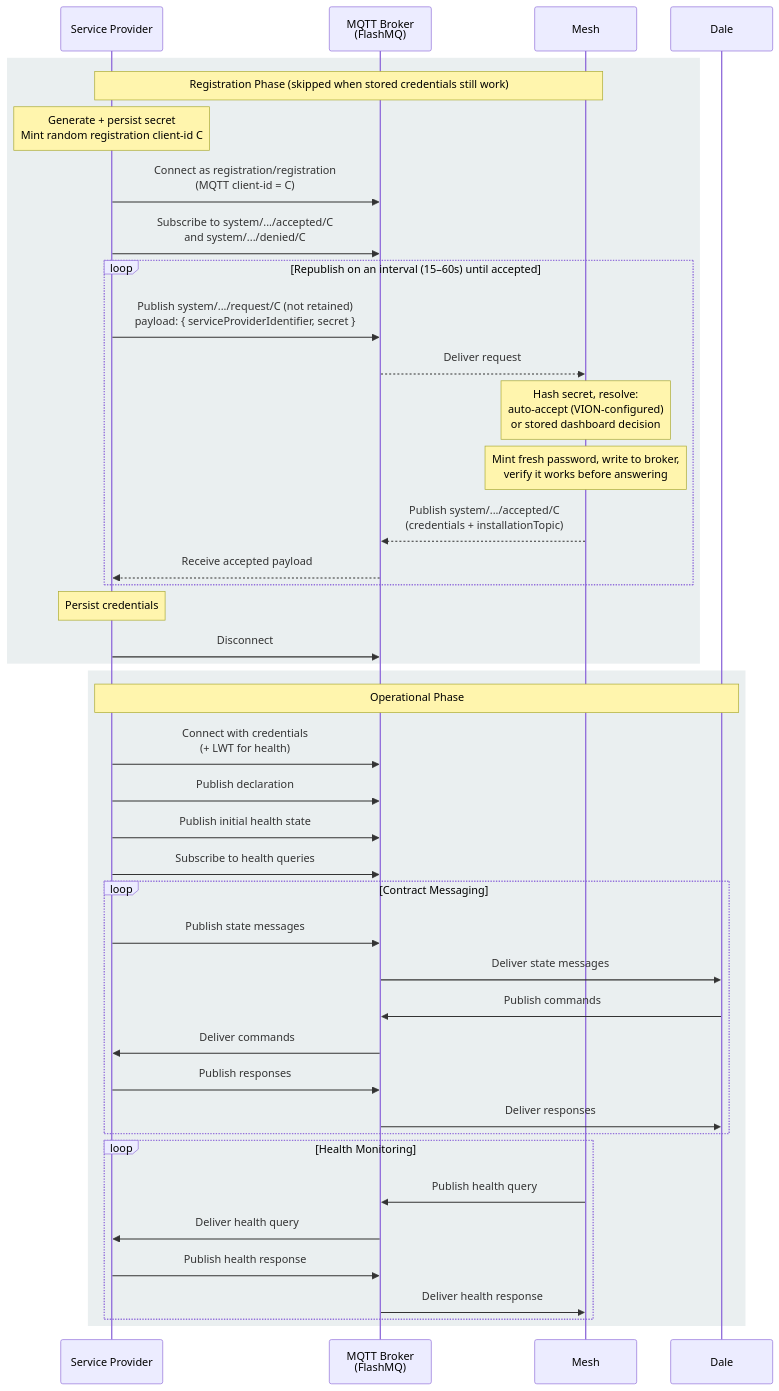
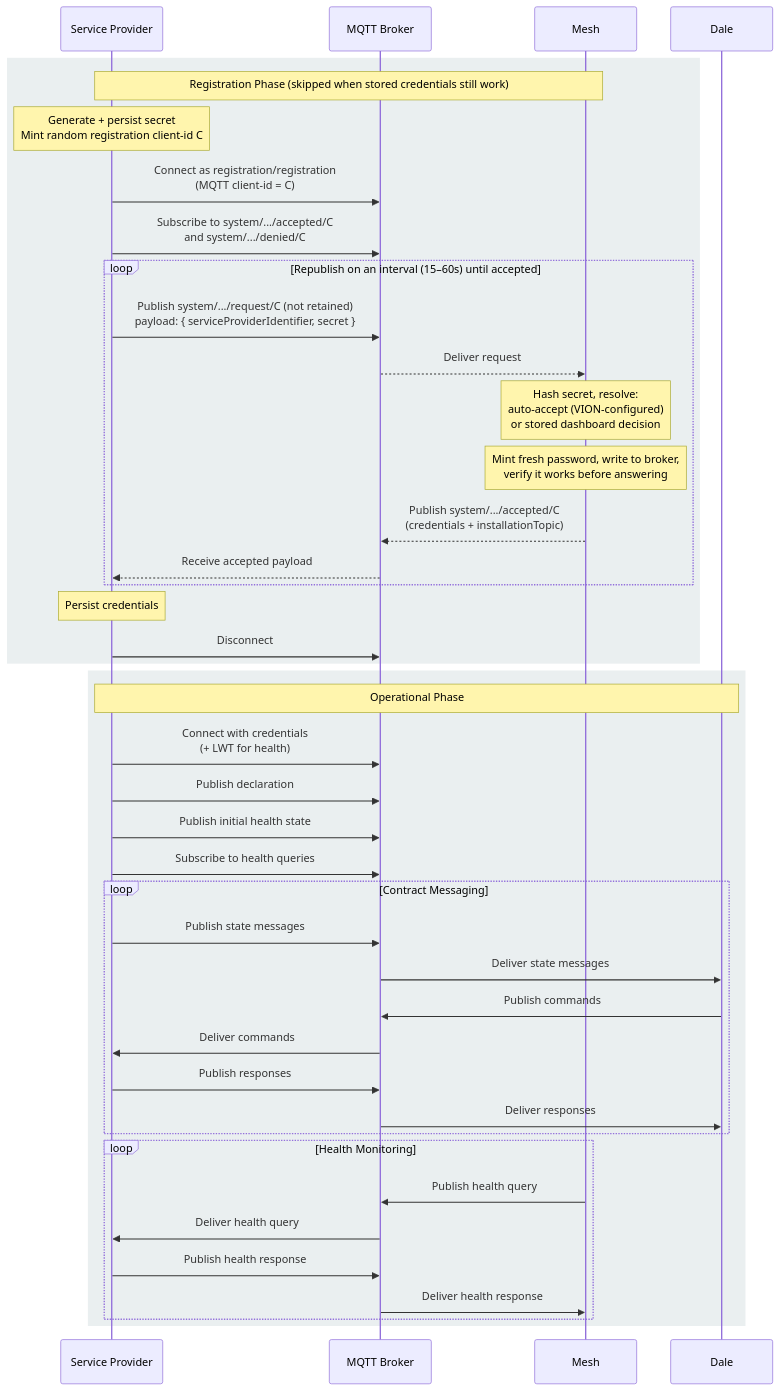
One commit to VION-IoT/documentation changed the second of 2 diagrams in docs/sdk/service-provider-protocol.md. Above: the diagram before and after it, drawn with Mermaid. The commit also changed other lines of this file and 1 other file, not shown here.

Commit message:
Make the SDK docs broker-neutral — host `broker:1883` and no product name in the diagrams, so the next broker swap does not touch these pages

````diff
--- a/docs/sdk/service-provider-protocol.md
+++ b/docs/sdk/service-provider-protocol.md
@@ -639,48 +639,48 @@
 ```mermaid
 sequenceDiagram
     participant SP as Service Provider
-    participant B as MQTT Broker<br/>(FlashMQ)
+    participant B as MQTT Broker
     participant M as Mesh
     participant D as Dale
 
     rect rgb(50, 101, 108, 0.1)
     Note over SP,M: Registration Phase (skipped when stored credentials still work)
     Note over SP: Generate + persist secret<br/>Mint random registration client-id C
     SP->>B: Connect as registration/registration<br/>(MQTT client-id = C)
     SP->>B: Subscribe to system/.../accepted/C<br/>and system/.../denied/C
     loop Republish on an interval (15–60s) until accepted
     SP->>B: Publish system/.../request/C (not retained)<br/>payload: { serviceProviderIdentifier, secret }
     B-->>M: Deliver request
     Note over M: Hash secret, resolve:<br/>auto-accept (VION-configured)<br/>or stored dashboard decision
     Note over M: Mint fresh password, write to broker,<br/>verify it works before answering
     M-->>B: Publish system/.../accepted/C<br/>(credentials + installationTopic)
     B-->>SP: Receive accepted payload
     end
     Note over SP: Persist credentials
     SP->>B: Disconnect
     end
 
     rect rgb(50, 101, 108, 0.1)
     Note over SP,D: Operational Phase
     SP->>B: Connect with credentials<br/>(+ LWT for health)
     SP->>B: Publish declaration
     SP->>B: Publish initial health state
     SP->>B: Subscribe to health queries
 
     loop Contract Messaging
         SP->>B: Publish state messages
         B->>D: Deliver state messages
         D->>B: Publish commands
         B->>SP: Deliver commands
         SP->>B: Publish responses
         B->>D: Deliver responses
     end
 
     loop Health Monitoring
         M->>B: Publish health query
         B->>SP: Deliver health query
         SP->>B: Publish health response
         B->>M: Deliver health response
     end
     end
 ```
````
